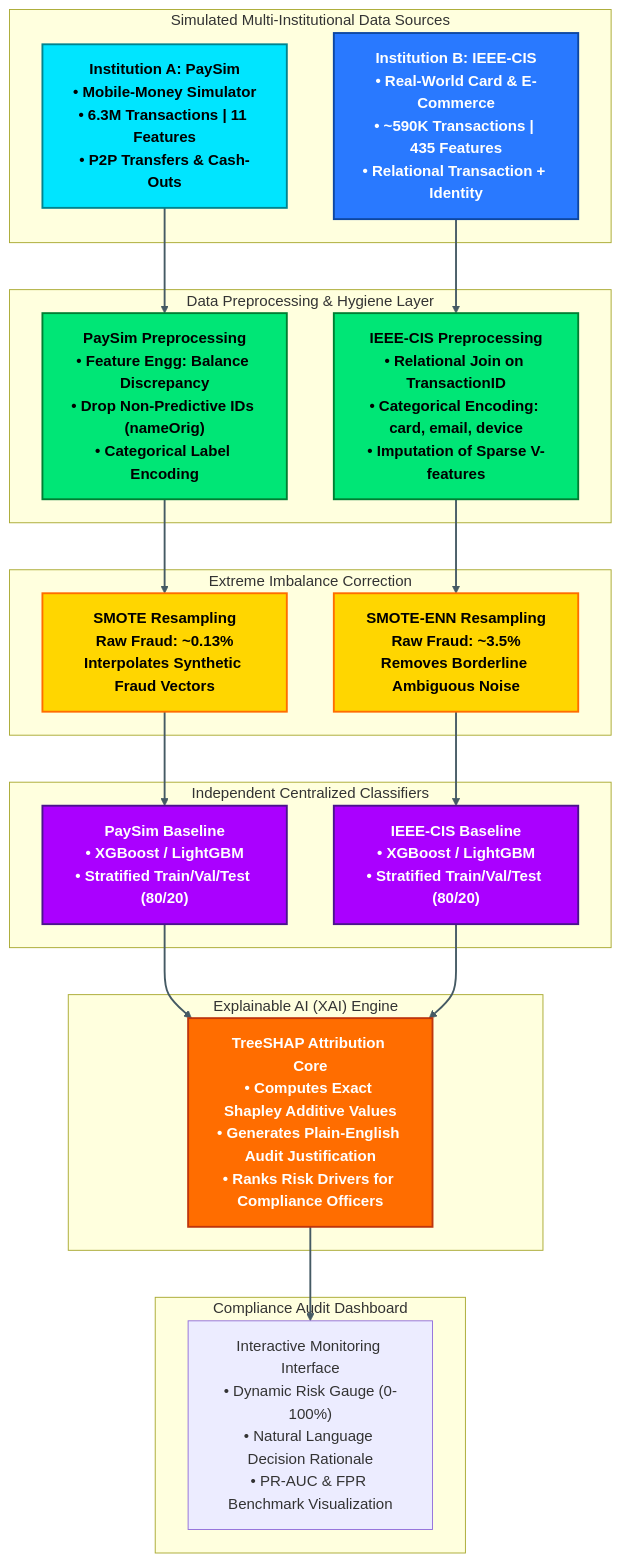
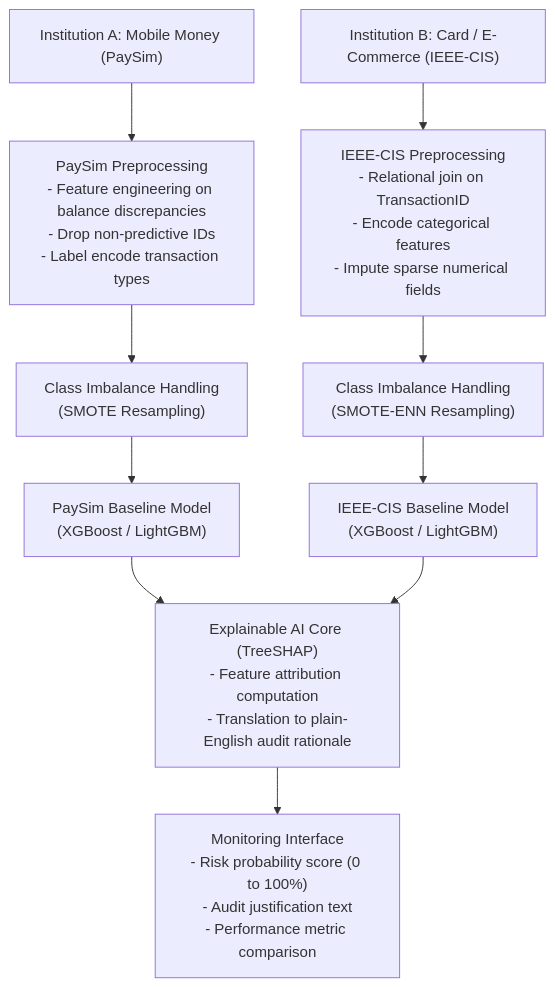
The first of 4 diagrams in ARCHITECTURE.md (End-2007/Privacy-Preserving-Multi-Institutional-Financial-Fraud-Detection), drawn with Mermaid before and after one commit. The commit also changed other lines of this file and 1 other file, not shown here.

````diff
--- a/ARCHITECTURE.md
+++ b/ARCHITECTURE.md
@@ -11,44 +11,28 @@
 ```mermaid
 flowchart TD
-    classDef paySimNode fill:#00E5FF,stroke:#00838F,stroke-width:2px,color:#000000,font-weight:bold;
-    classDef ieeeNode fill:#2979FF,stroke:#0D47A1,stroke-width:2px,color:#ffffff,font-weight:bold;
-    classDef processNode fill:#00E676,stroke:#007E33,stroke-width:2px,color:#000000,font-weight:bold;
-    classDef smoteNode fill:#FFD600,stroke:#FF6D00,stroke-width:2px,color:#000000,font-weight:bold;
-    classDef modelNode fill:#AA00FF,stroke:#4A148C,stroke-width:2px,color:#ffffff,font-weight:bold;
-    classDef shapNode fill:#FF6D00,stroke:#BF360C,stroke-width:2px,color:#ffffff,font-weight:bold;
-    classDef uiNode fill:#FF1744,stroke:#B71C1C,stroke-width:2px,color:#ffffff,font-weight:bold;
+    D1["Institution A: Mobile Money (PaySim)"]
+    D2["Institution B: Card / E-Commerce (IEEE-CIS)"]
 
-    subgraph DataSources["Simulated Multi-Institutional Data Sources"]
-        D1["Institution A: PaySim\n• Mobile-Money Simulator\n• 6.3M Transactions | 11 Features\n• P2P Transfers & Cash-Outs"]:::paySimNode
-        D2["Institution B: IEEE-CIS\n• Real-World Card & E-Commerce\n• ~590K Transactions | 435 Features\n• Relational Transaction + Identity"]:::ieeeNode
-    end
+    P1["PaySim Preprocessing\n- Feature engineering on balance discrepancies\n- Drop non-predictive IDs\n- Label encode transaction types"]
+    P2["IEEE-CIS Preprocessing\n- Relational join on TransactionID\n- Encode categorical features\n- Impute sparse numerical fields"]
 
-    subgraph Pipeline["Data Preprocessing & Hygiene Layer"]
-        P1["PaySim Preprocessing\n• Feature Engg: Balance Discrepancy\n• Drop Non-Predictive IDs (nameOrig)\n• Categorical Label Encoding"]:::processNode
-        P2["IEEE-CIS Preprocessing\n• Relational Join on TransactionID\n• Categorical Encoding: card, email, device\n• Imputation of Sparse V-features"]:::processNode
-    end
+    S1["Class Imbalance Handling\n(SMOTE Resampling)"]
+    S2["Class Imbalance Handling\n(SMOTE-ENN Resampling)"]
 
-    subgraph Rebalance["Extreme Imbalance Correction"]
-        S1["SMOTE Resampling\nRaw Fraud: ~0.13%\nInterpolates Synthetic Fraud Vectors"]:::smoteNode
-        S2["SMOTE-ENN Resampling\nRaw Fraud: ~3.5%\nRemoves Borderline Ambiguous Noise"]:::smoteNode
-    end
+    M1["PaySim Baseline Model\n(XGBoost / LightGBM)"]
+    M2["IEEE-CIS Baseline Model\n(XGBoost / LightGBM)"]
 
-    subgraph Baselines["Independent Centralized Classifiers"]
-        M1["PaySim Baseline\n• XGBoost / LightGBM\n• Stratified Train/Val/Test (80/20)"]:::modelNode
-        M2["IEEE-CIS Baseline\n• XGBoost / LightGBM\n• Stratified Train/Val/Test (80/20)"]:::modelNode
-    end
+    XAI["Explainable AI Core (TreeSHAP)\n- Feature attribution computation\n- Translation to plain-English audit rationale"]
 
-    subgraph Explainability["Explainable AI (XAI) Engine"]
-        XAI["TreeSHAP Attribution Core\n• Computes Exact Shapley Additive Values\n• Generates Plain-English Audit Justification\n• Ranks Risk Drivers for Compliance Officers"]:::shapNode
-    end
+    OUT["Monitoring Interface\n- Risk probability score (0 to 100%)\n- Audit justification text\n- Performance metric comparison"]
 
-    subgraph AuditInterface["Compliance Audit Dashboard"]
-        UI["Interactive Monitoring Interface\n• Dynamic Risk Gauge (0-100%)\n• Natural Language Decision Rationale\n• PR-AUC & FPR Benchmark Visualization"]:::ui
-    end
-
-    D1 --> P1 --> S1 --> M1 --> XAI
-    D2 --> P2 --> S2 --> M2 --> XAI
-    XAI --> UI
-
-    linkStyle default stroke:#455A64,stroke-width:2px;
+    D1 --> P1
+    D2 --> P2
+    P1 --> S1
+    P2 --> S2
+    S1 --> M1
+    S2 --> M2
+    M1 --> XAI
+    M2 --> XAI
+    XAI --> OUT
 ```
````
